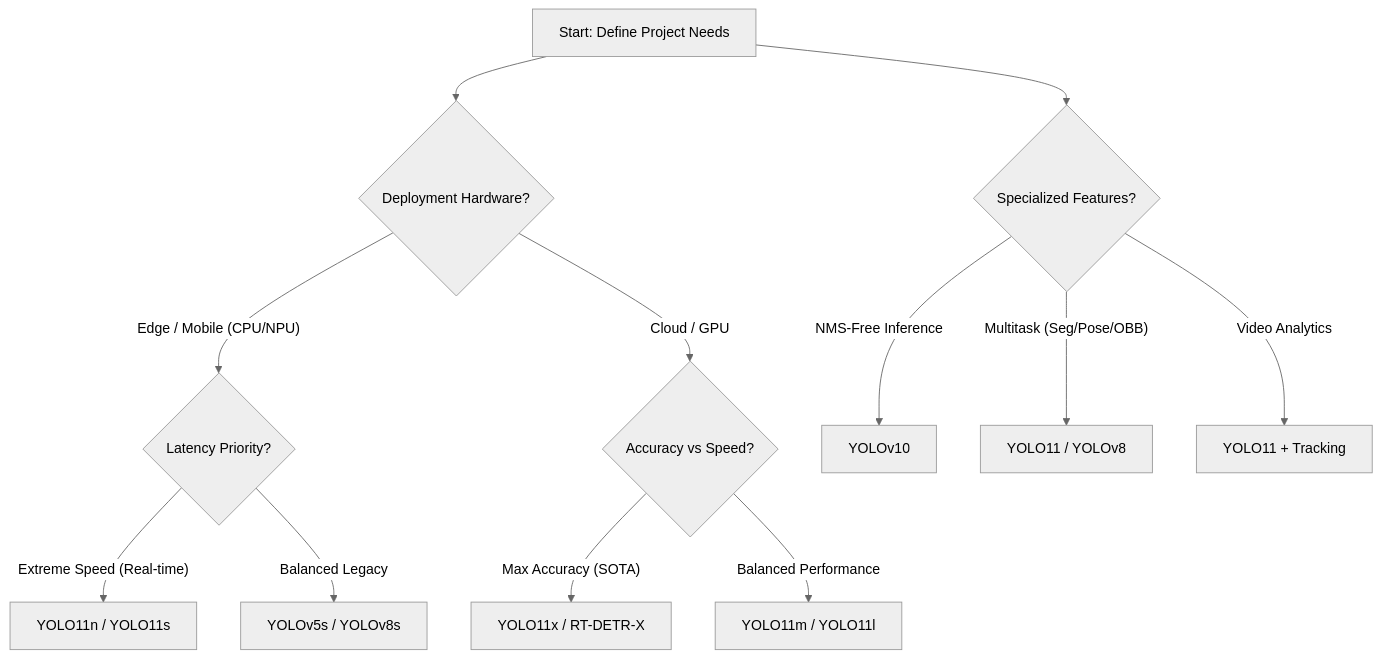
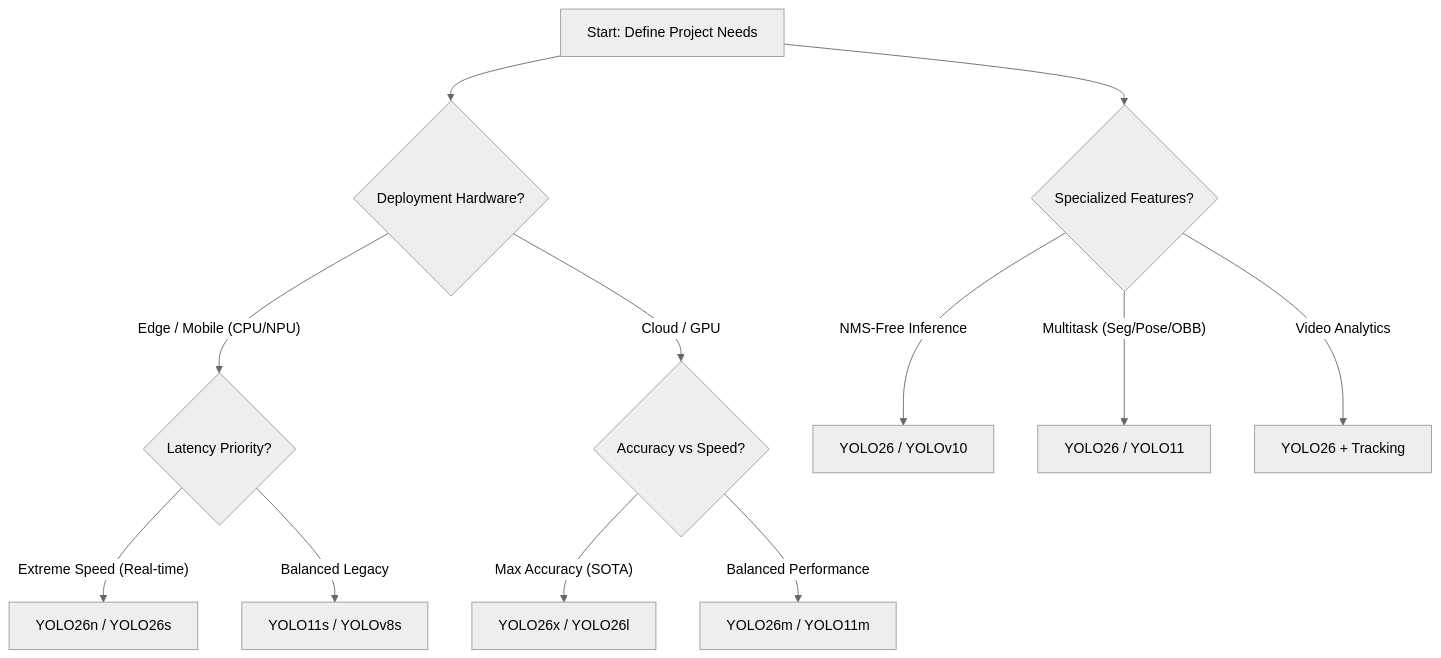
One commit to ultralytics/docs changed the diagram in docs/en/compare/index.md. Above: the diagram before and after it, drawn with Mermaid (neutral theme). The commit also changed other lines of this file, not shown here.

Commit message:
Revise documentation for YOLO26 updates (#271)

````diff
--- a/docs/en/compare/index.md
+++ b/docs/en/compare/index.md
@@ -28,17 +28,17 @@
 ```mermaid
 graph TD
     A[Start: Define Project Needs] --> B{Deployment Hardware?}
     B -- "Edge / Mobile (CPU/NPU)" --> C{Latency Priority?}
     B -- "Cloud / GPU" --> D{Accuracy vs Speed?}
 
-    C -- "Extreme Speed (Real-time)" --> E[YOLO11n / YOLO11s]
-    C -- "Balanced Legacy" --> F[YOLOv5s / YOLOv8s]
+    C -- "Extreme Speed (Real-time)" --> E[YOLO26n / YOLO26s]
+    C -- "Balanced Legacy" --> F[YOLO11s / YOLOv8s]
 
-    D -- "Max Accuracy (SOTA)" --> G[YOLO11x / RT-DETR-X]
-    D -- "Balanced Performance" --> H[YOLO11m / YOLO11l]
+    D -- "Max Accuracy (SOTA)" --> G[YOLO26x / YOLO26l]
+    D -- "Balanced Performance" --> H[YOLO26m / YOLO11m]
 
     A --> I{Specialized Features?}
-    I -- "NMS-Free Inference" --> J[YOLOv10]
-    I -- "Multitask (Seg/Pose/OBB)" --> K[YOLO11 / YOLOv8]
-    I -- "Video Analytics" --> L[YOLO11 + Tracking]
+    I -- "NMS-Free Inference" --> J[YOLO26 / YOLOv10]
+    I -- "Multitask (Seg/Pose/OBB)" --> K[YOLO26 / YOLO11]
+    I -- "Video Analytics" --> L[YOLO26 + Tracking]
 ```
````
